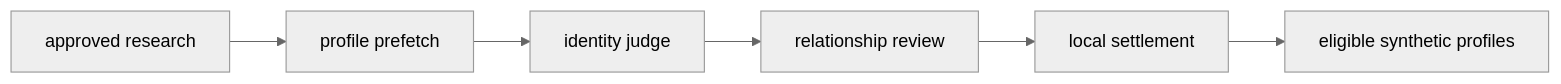
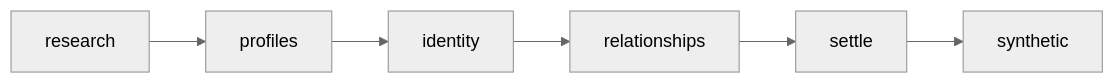
One commit to powerset-co/powerpacks changed the third of 3 diagrams in packs/ingestion/primitives/deep_context/README.md. Above: the diagram before and after it, drawn with Mermaid (neutral theme). The commit also changed other lines of this file and 47 other files, not shown here.

````diff
--- a/packs/ingestion/primitives/deep_context/README.md
+++ b/packs/ingestion/primitives/deep_context/README.md
@@ -212,8 +212,8 @@
 ```mermaid
 flowchart LR
-  research["approved research"] --> profiles["profile prefetch"]
-  profiles --> judge["identity judge"]
-  judge --> relationships["relationship review"]
-  relationships --> settle["local settlement"]
-  settle --> synthetic["eligible synthetic profiles"]
+  research[research] --> profiles[profiles]
+  profiles --> judge[identity]
+  judge --> relationships[relationships]
+  relationships --> settle[settle]
+  settle --> synthetic[synthetic]
 ```
````
